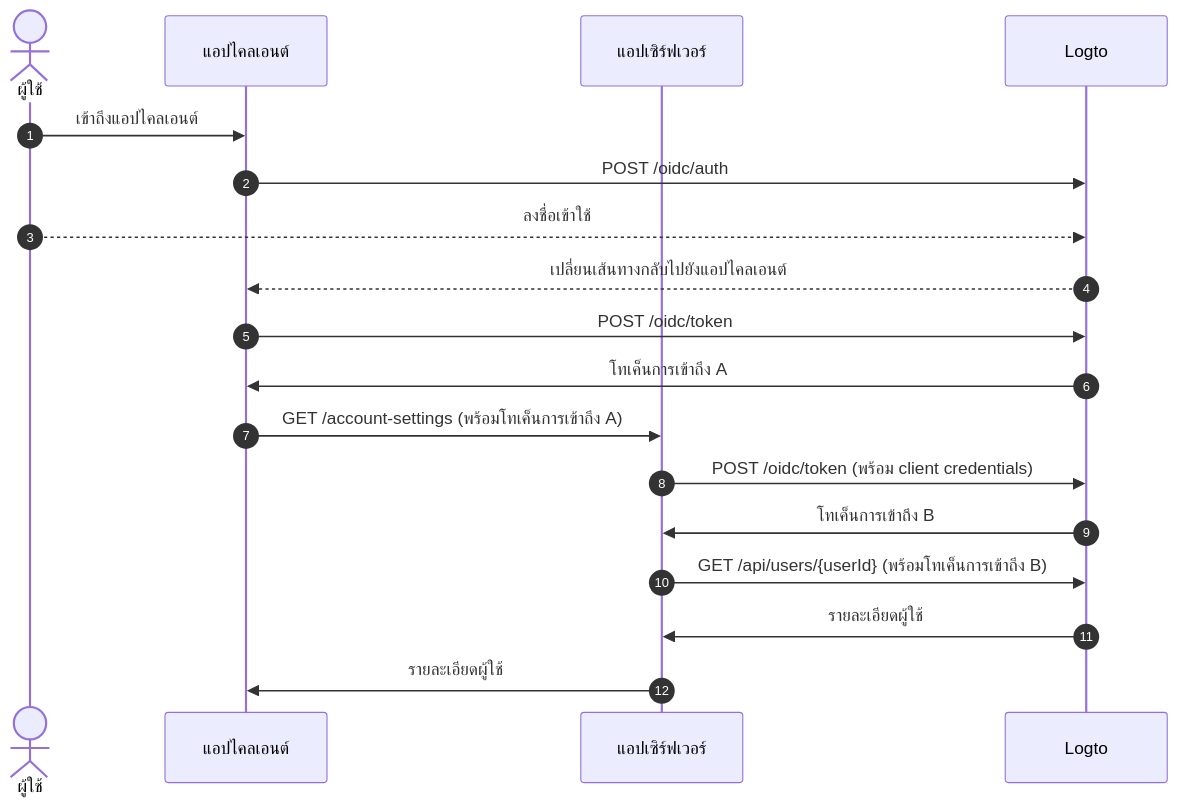
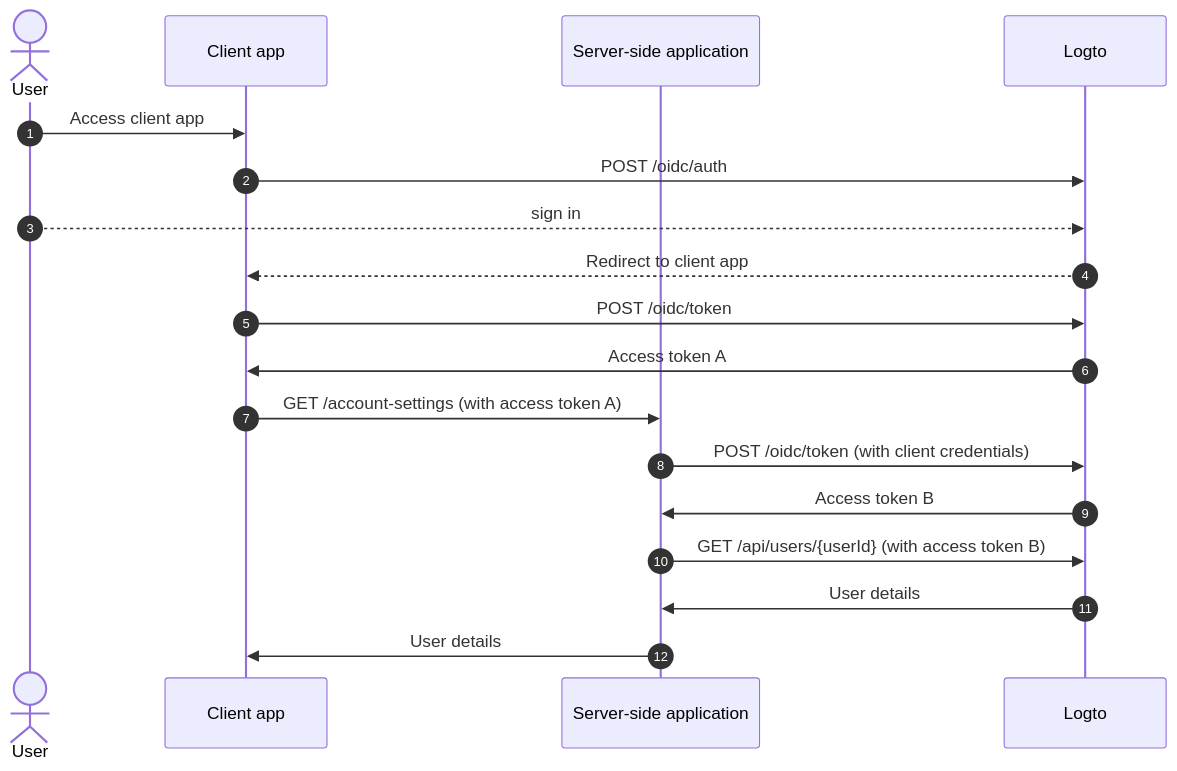
Before and after one commit to logto-io/docs: the second of 3 diagrams in i18n/th/docusaurus-plugin-content-docs/current/end-user-flows/account-settings/by-management-api.mdx, drawn with Mermaid. The commit also changed other lines of this file and 102 other files, not shown here.

````diff
--- a/i18n/th/docusaurus-plugin-content-docs/current/end-user-flows/account-settings/by-management-api.mdx
+++ b/i18n/th/docusaurus-plugin-content-docs/current/end-user-flows/account-settings/by-management-api.mdx
@@ -27,21 +27,21 @@
 ```mermaid
   sequenceDiagram
     autonumber
-    actor User as ผู้ใช้
-    participant Client as แอปไคลเอนต์
-    participant Server as แอปเซิร์ฟเวอร์
+    actor User as User
+    participant Client as Client app
+    participant Server as Server-side application
     participant Logto as Logto
 
-    User ->> Client: เข้าถึงแอปไคลเอนต์
+    User ->> Client: Access client app
     Client ->> Logto: POST /oidc/auth
-    User -->> Logto: ลงชื่อเข้าใช้
-    Logto -->> Client: เปลี่ยนเส้นทางกลับไปยังแอปไคลเอนต์
+    User -->> Logto: sign in
+    Logto -->> Client: Redirect to client app
     Client ->> Logto: POST /oidc/token
-    Logto ->> Client: โทเค็นการเข้าถึง A
-    Client ->> Server: GET /account-settings (พร้อมโทเค็นการเข้าถึง A)
-    Server ->> Logto: POST /oidc/token (พร้อม client credentials)
-    Logto ->> Server: โทเค็นการเข้าถึง B
-    Server ->> Logto: GET /api/users/{userId} (พร้อมโทเค็นการเข้าถึง B)
-    Logto ->> Server: รายละเอียดผู้ใช้
-    Server ->> Client: รายละเอียดผู้ใช้
+    Logto ->> Client: Access token A
+    Client ->> Server: GET /account-settings (with access token A)
+    Server ->> Logto: POST /oidc/token (with client credentials)
+    Logto ->> Server: Access token B
+    Server ->> Logto: GET /api/users/{userId} (with access token B)
+    Logto ->> Server: User details
+    Server ->> Client: User details
 ```
````
